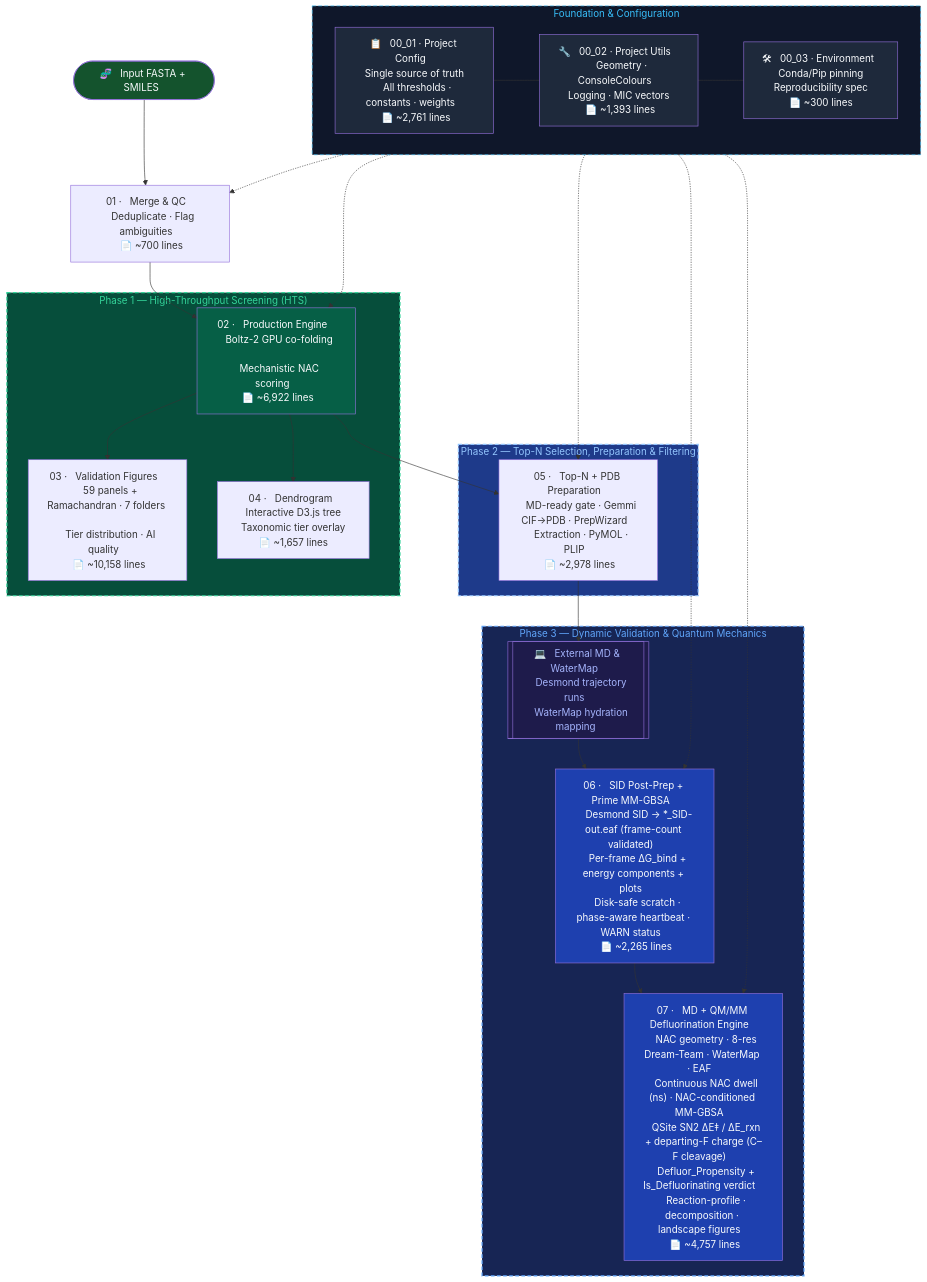
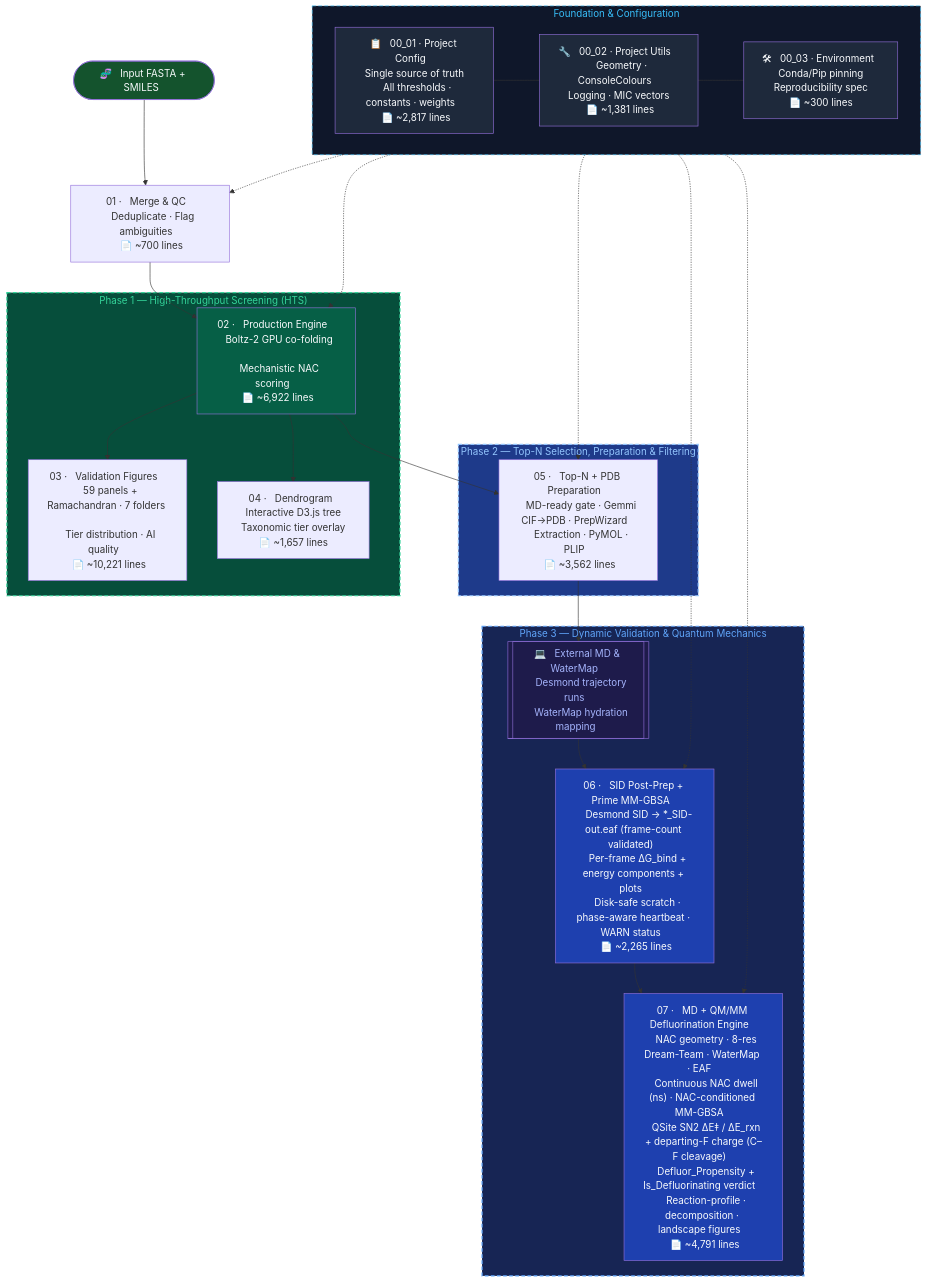
One commit to KU-MGB/DeFluorX changed the diagram in README.md. Above: the diagram before and after it, drawn with Mermaid. The commit also changed other lines of this file, not shown here.

First line of the commit message:
docs: README — prepared-pose geometry, the pose-drift finding, and the QM charge step

````diff
--- a/README.md
+++ b/README.md
@@ -190,56 +190,56 @@
 ```mermaid
 flowchart TD
     subgraph FOUNDATION["  Foundation & Configuration  "]
-        CFG["📋 &nbsp; 00_01 · Project Config &nbsp; \n &nbsp; Single source of truth &nbsp; \n &nbsp; All thresholds · constants · weights &nbsp; \n &nbsp; 📄 ~2,761 lines &nbsp; "]
-        UTL["🔧 &nbsp; 00_02 · Project Utils &nbsp; \n &nbsp; Geometry · ConsoleColours &nbsp; \n &nbsp; Logging · MIC vectors &nbsp; \n &nbsp; 📄 ~1,393 lines &nbsp; "]
+        CFG["📋 &nbsp; 00_01 · Project Config &nbsp; \n &nbsp; Single source of truth &nbsp; \n &nbsp; All thresholds · constants · weights &nbsp; \n &nbsp; 📄 ~2,817 lines &nbsp; "]
+        UTL["🔧 &nbsp; 00_02 · Project Utils &nbsp; \n &nbsp; Geometry · ConsoleColours &nbsp; \n &nbsp; Logging · MIC vectors &nbsp; \n &nbsp; 📄 ~1,381 lines &nbsp; "]
         ENV["🛠 &nbsp; 00_03 · Environment &nbsp; \n &nbsp; Conda/Pip pinning &nbsp; \n &nbsp; Reproducibility spec &nbsp; \n &nbsp; 📄 ~300 lines &nbsp; "]
         CFG --- UTL --- ENV
     end
 
     START(["🧬 &nbsp; Input FASTA + SMILES &nbsp;"]) --> M1
     M1["01 · &nbsp; Merge & QC &nbsp; \n &nbsp; Deduplicate · Flag ambiguities &nbsp; \n &nbsp; 📄 ~700 lines &nbsp; "] --> M2
 
     subgraph PHASE1["  Phase 1 — High-Throughput Screening (HTS)  "]
         M2["02 · &nbsp; Production Engine &nbsp; \n &nbsp; Boltz-2 GPU co-folding &nbsp; \n &nbsp; Mechanistic NAC scoring &nbsp; \n &nbsp; 📄 ~6,922 lines &nbsp; "]
-        M3["03 · &nbsp; Validation Figures &nbsp; \n &nbsp; 59 panels + Ramachandran · 7 folders &nbsp; \n &nbsp; Tier distribution · AI quality &nbsp; \n &nbsp; 📄 ~10,158 lines &nbsp; "]
+        M3["03 · &nbsp; Validation Figures &nbsp; \n &nbsp; 59 panels + Ramachandran · 7 folders &nbsp; \n &nbsp; Tier distribution · AI quality &nbsp; \n &nbsp; 📄 ~10,221 lines &nbsp; "]
         M4["04 · &nbsp; Dendrogram &nbsp; \n &nbsp; Interactive D3.js tree &nbsp; \n &nbsp; Taxonomic tier overlay &nbsp; \n &nbsp; 📄 ~1,657 lines &nbsp; "]
         M2 --> M3
         M2 --> M4
     end
 
     M2 --> M5
 
     subgraph PHASE2["  Phase 2 — Top-N Selection, Preparation & Filtering  "]
-        M5["05 · &nbsp; Top-N + PDB Preparation &nbsp; \n &nbsp; MD-ready gate · Gemmi CIF→PDB · PrepWizard &nbsp; \n &nbsp; Extraction · PyMOL · PLIP &nbsp; \n &nbsp; 📄 ~2,978 lines &nbsp; "]
+        M5["05 · &nbsp; Top-N + PDB Preparation &nbsp; \n &nbsp; MD-ready gate · Gemmi CIF→PDB · PrepWizard &nbsp; \n &nbsp; Extraction · PyMOL · PLIP &nbsp; \n &nbsp; 📄 ~3,562 lines &nbsp; "]
     end
 
     M5 --> EXT_MD
 
     subgraph PHASE3["  Phase 3 — Dynamic Validation & Quantum Mechanics  "]
         EXT_MD[["💻 &nbsp; External MD & WaterMap &nbsp; \n &nbsp; Desmond trajectory runs &nbsp; \n &nbsp; WaterMap hydration mapping &nbsp;"]]
         M6["06 · &nbsp; SID Post-Prep + Prime MM-GBSA &nbsp; \n &nbsp; Desmond SID → *_SID-out.eaf (frame-count validated) &nbsp; \n &nbsp; Per-frame ΔG_bind + energy components + plots &nbsp; \n &nbsp; Disk-safe scratch · phase-aware heartbeat · WARN status &nbsp; \n &nbsp; 📄 ~2,265 lines &nbsp; "]
-        M7["07 · &nbsp; MD + QM/MM Defluorination Engine &nbsp; \n &nbsp; NAC geometry · 8-res Dream-Team · WaterMap · EAF &nbsp; \n &nbsp; Continuous NAC dwell (ns) · NAC-conditioned MM-GBSA &nbsp; \n &nbsp; QSite SN2 ΔE‡ / ΔE_rxn + departing-F charge (C–F cleavage) &nbsp; \n &nbsp; Defluor_Propensity + Is_Defluorinating verdict &nbsp; \n &nbsp; Reaction-profile · decomposition · landscape figures &nbsp; \n &nbsp; 📄 ~4,757 lines &nbsp; "]
+        M7["07 · &nbsp; MD + QM/MM Defluorination Engine &nbsp; \n &nbsp; NAC geometry · 8-res Dream-Team · WaterMap · EAF &nbsp; \n &nbsp; Continuous NAC dwell (ns) · NAC-conditioned MM-GBSA &nbsp; \n &nbsp; QSite SN2 ΔE‡ / ΔE_rxn + departing-F charge (C–F cleavage) &nbsp; \n &nbsp; Defluor_Propensity + Is_Defluorinating verdict &nbsp; \n &nbsp; Reaction-profile · decomposition · landscape figures &nbsp; \n &nbsp; 📄 ~4,791 lines &nbsp; "]
         EXT_MD --> M6 --> M7
     end
 
     %% Dependencies
     FOUNDATION -.-> M1
     FOUNDATION -.-> M2
     FOUNDATION -.-> M5
     FOUNDATION -.-> M6
     FOUNDATION -.-> M7
 
     style FOUNDATION fill:#0f172a,color:#38bdf8,stroke:#38bdf8
     style CFG fill:#1e293b,color:#f8fafc
     style UTL fill:#1e293b,color:#f8fafc
     style ENV fill:#1e293b,color:#f8fafc
     style PHASE1 fill:#064e3b,color:#34d399,stroke:#34d399,stroke-width:2px,stroke-dasharray: 6 4
     style PHASE2 fill:#1e3a8a,color:#93c5fd,stroke:#93c5fd,stroke-width:2px,stroke-dasharray: 6 4
     style PHASE3 fill:#172554,color:#60a5fa,stroke:#60a5fa,stroke-width:2px,stroke-dasharray: 6 4
     style FOUNDATION stroke-dasharray: 6 4
     style M2 fill:#065f46,color:#f8fafc
     style M6 fill:#1e40af,color:#f8fafc
     style M7 fill:#1e40af,color:#f8fafc
     style START fill:#14532d,color:#f8fafc
     style EXT_MD fill:#1e1b4b,color:#a5b4fc
 ```
````
